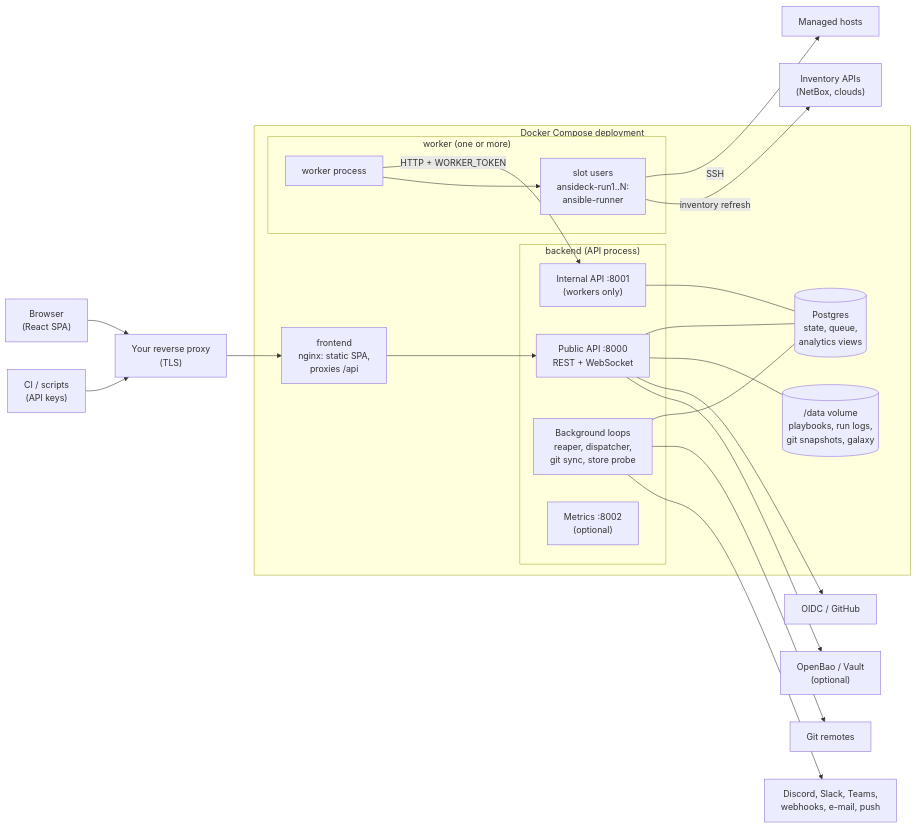
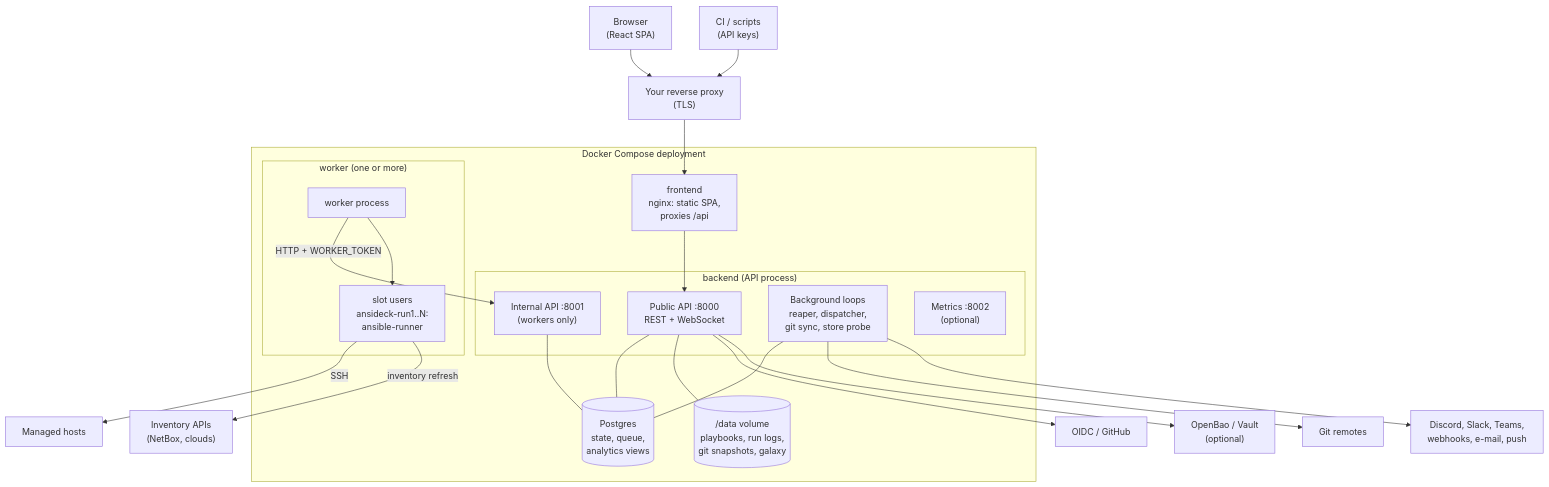
One commit to HoneyBearTech/AnsiDeck changed the diagram in docs/architecture.md. Above: the diagram before and after it, drawn with Mermaid.

Commit message:
Lay the architecture diagram out top to bottom

````diff
--- a/docs/architecture.md
+++ b/docs/architecture.md
@@ -9,42 +9,42 @@
 ```mermaid
-flowchart LR
+flowchart TB
     browser["Browser<br/>(React SPA)"]
     ci["CI / scripts<br/>(API keys)"]
     proxy["Your reverse proxy<br/>(TLS)"]
     subgraph deployment["Docker Compose deployment"]
         frontend["frontend<br/>nginx: static SPA,<br/>proxies /api"]
         subgraph api["backend (API process)"]
             public["Public API :8000<br/>REST + WebSocket"]
             internal["Internal API :8001<br/>(workers only)"]
             loops["Background loops<br/>reaper, dispatcher,<br/>git sync, store probe"]
             metricsep["Metrics :8002<br/>(optional)"]
         end
         db[("Postgres<br/>state, queue,<br/>analytics views")]
         data[("/data volume<br/>playbooks, run logs,<br/>git snapshots, galaxy")]
         subgraph workerbox["worker (one or more)"]
             worker["worker process"]
             slots["slot users<br/>ansideck-run1..N:<br/>ansible-runner"]
         end
     end
     bao["OpenBao / Vault<br/>(optional)"]
     git["Git remotes"]
     notify["Discord, Slack, Teams,<br/>webhooks, e-mail, push"]
     sso["OIDC / GitHub"]
     hosts["Managed hosts"]
     sources["Inventory APIs<br/>(NetBox, clouds)"]
 
     browser --> proxy --> frontend --> public
     ci --> proxy
     public --- db
     internal --- db
     loops --- db
     public --- data
     worker -- "HTTP + WORKER_TOKEN" --> internal
     worker --> slots
     slots -- SSH --> hosts
     slots -- "inventory refresh" --> sources
     loops --> git
     loops --> notify
     public --> sso
     public --> bao
 ```
````
